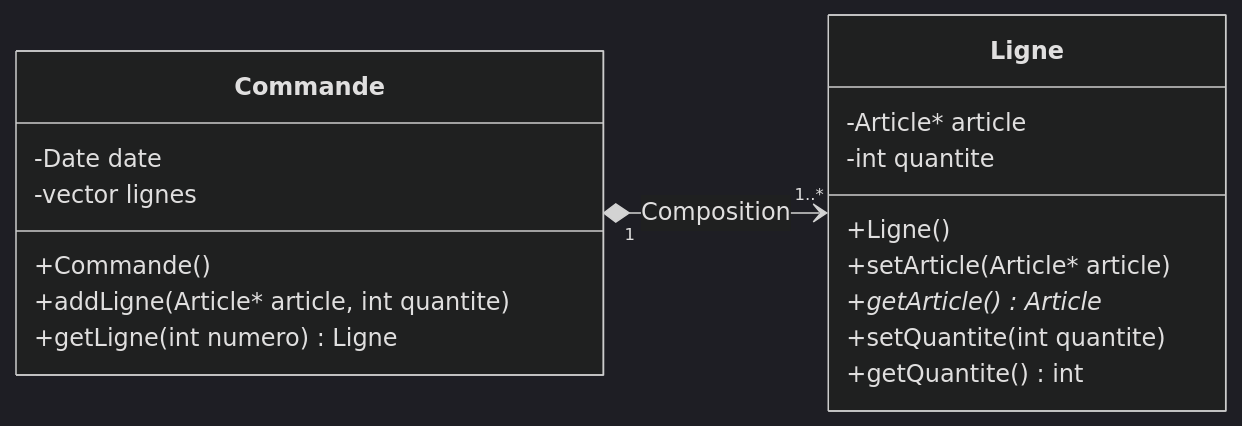
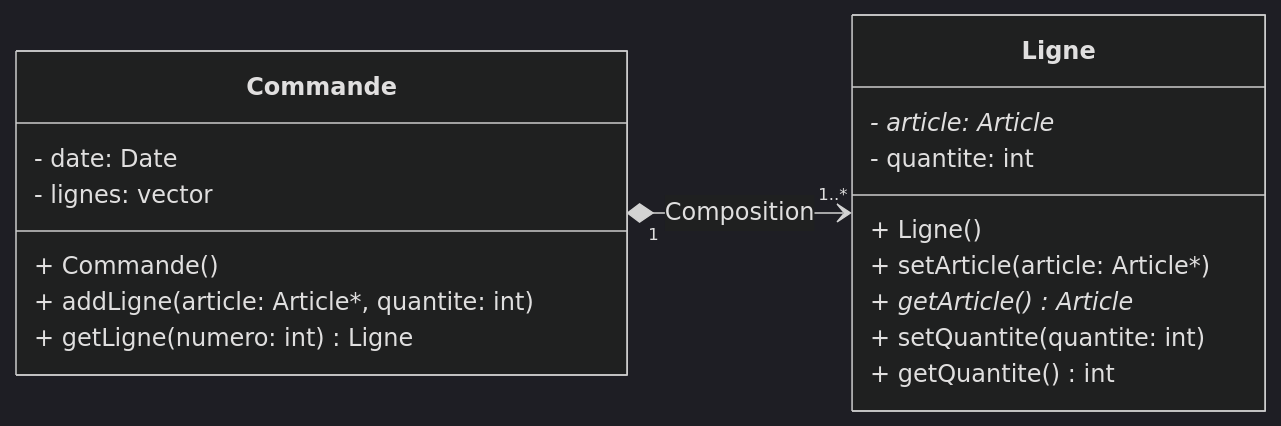
Diagram 14 of 18 in cours_poo.md (fabrice1618/intro-C), drawn with Mermaid (dark theme) before and after one commit. The commit also changed other lines of this file and 1 other file, not shown here.

Commit message:
correction UML

````diff
--- a/cours_poo.md
+++ b/cours_poo.md
@@ -1498,24 +1498,24 @@
 ```mermaid
 classDiagram
   direction LR
 
 class Commande{
-    -Date date
-    -vector<Ligne> lignes
-    +Commande()    
-    +addLigne(Article* article, int quantite)
-    +getLigne(int numero) Ligne
+    - date: Date
+    - lignes: vector<Ligne>
+    + Commande()
+    + addLigne(article: Article*, quantite: int)
+    + getLigne(numero: int) Ligne
 }
 
 class Ligne{
-    -Article* article
-    -int quantite
-    +Ligne()    
-    +setArticle(Article* article)
-    +getArticle() Article *
-    +setQuantite(int quantite)
-    +getQuantite() int
+    - article: Article*
+    - quantite: int
+    + Ligne()    
+    + setArticle(article: Article*)
+    + getArticle() Article *
+    + setQuantite(quantite: int)
+    + getQuantite() int
 }
 
 Commande "1" *--> "1..*" Ligne : Composition
 ```
````
